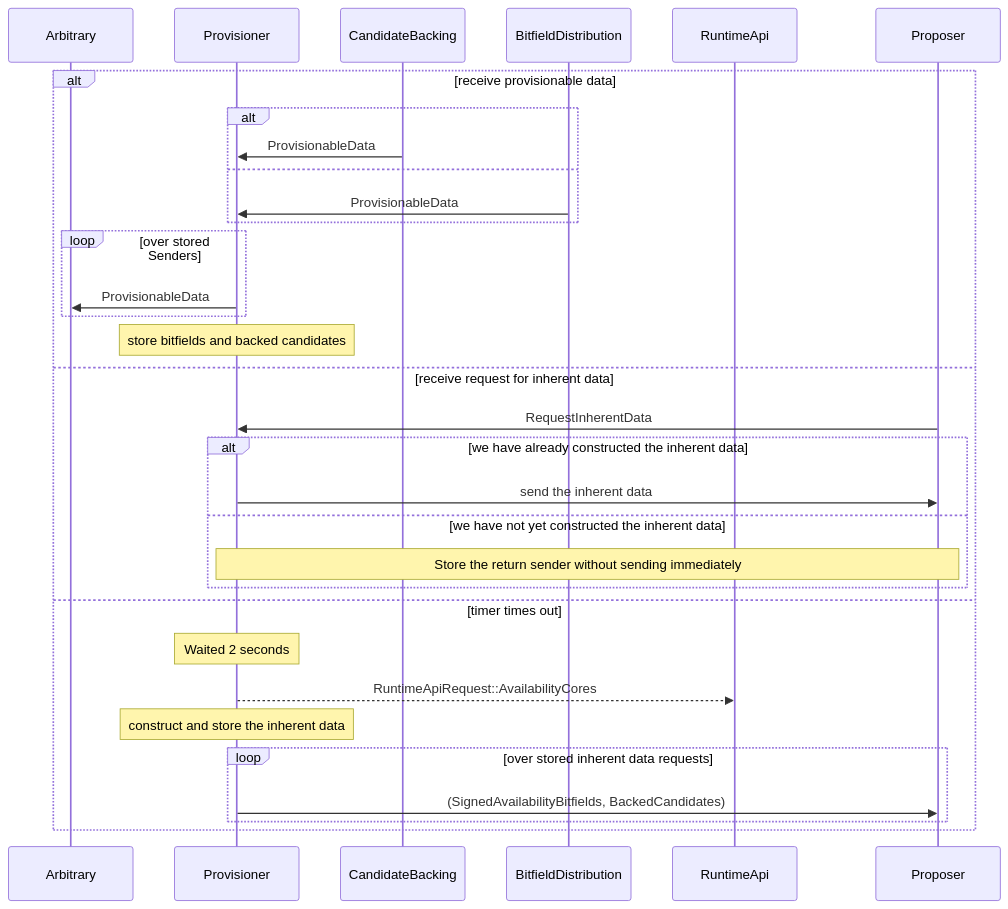
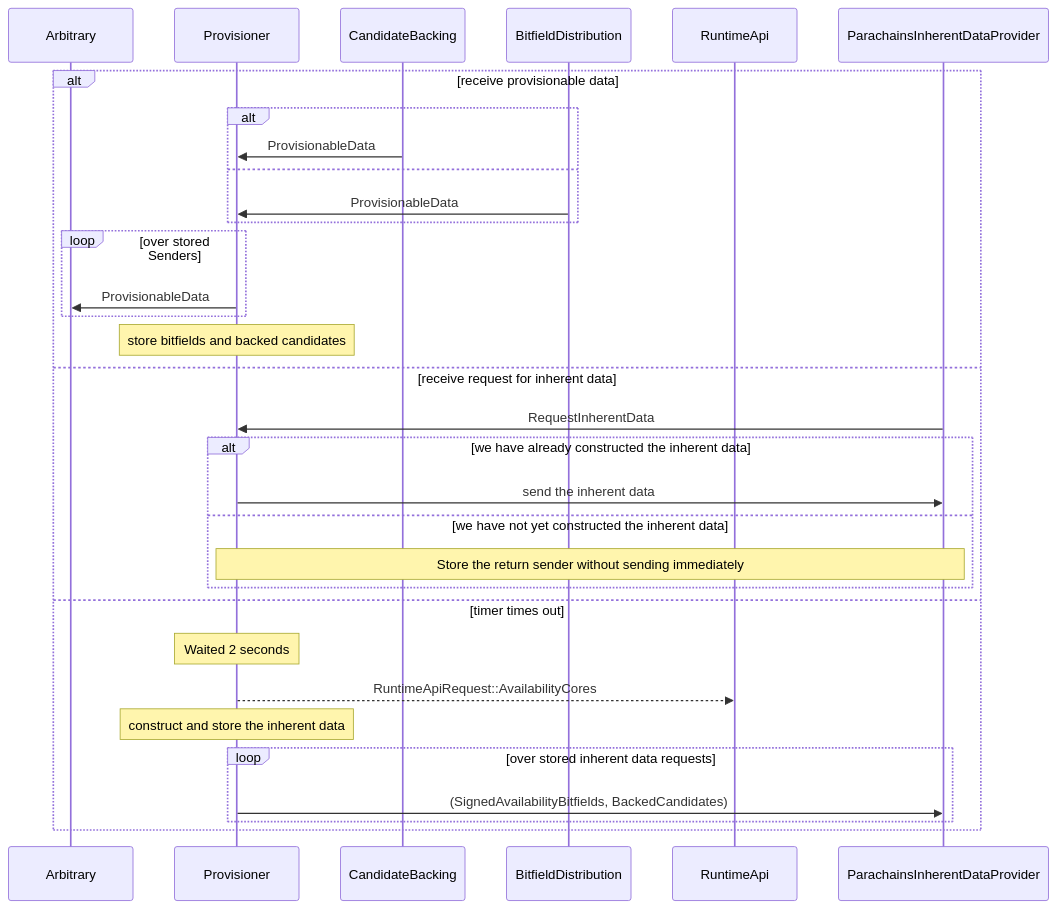
One commit to paritytech/polkadot changed the tenth of 10 diagrams in roadmap/implementers-guide/src/node/subsystems-and-jobs.md. Above: the diagram before and after it, drawn with Mermaid. The commit also changed other lines of this file and 2 other files, not shown here.

````diff
--- a/roadmap/implementers-guide/src/node/subsystems-and-jobs.md
+++ b/roadmap/implementers-guide/src/node/subsystems-and-jobs.md
@@ -376,37 +376,37 @@
 ```mermaid
 sequenceDiagram
     participant A as Arbitrary
     participant PV as Provisioner
     participant CB as CandidateBacking
     participant BD as BitfieldDistribution
     participant RA as RuntimeApi
-    participant PO as Proposer
+    participant PI as ParachainsInherentDataProvider
 
     alt receive provisionable data
         alt
             CB ->> PV: ProvisionableData
         else
             BD ->> PV: ProvisionableData
         end
 
         loop over stored Senders
             PV ->> A: ProvisionableData
         end
 
         Note over PV: store bitfields and backed candidates
     else receive request for inherent data
-        PO ->> PV: RequestInherentData
+        PI ->> PV: RequestInherentData
         alt we have already constructed the inherent data
-            PV ->> PO: send the inherent data
+            PV ->> PI: send the inherent data
         else we have not yet constructed the inherent data
-            Note over PV,PO: Store the return sender without sending immediately
+            Note over PV,PI: Store the return sender without sending immediately
         end
     else timer times out
         note over PV: Waited 2 seconds
         PV -->> RA: RuntimeApiRequest::AvailabilityCores
         Note over PV: construct and store the inherent data
         loop over stored inherent data requests
-            PV ->> PO: (SignedAvailabilityBitfields, BackedCandidates)
+            PV ->> PI: (SignedAvailabilityBitfields, BackedCandidates)
         end
     end
 ```
````
